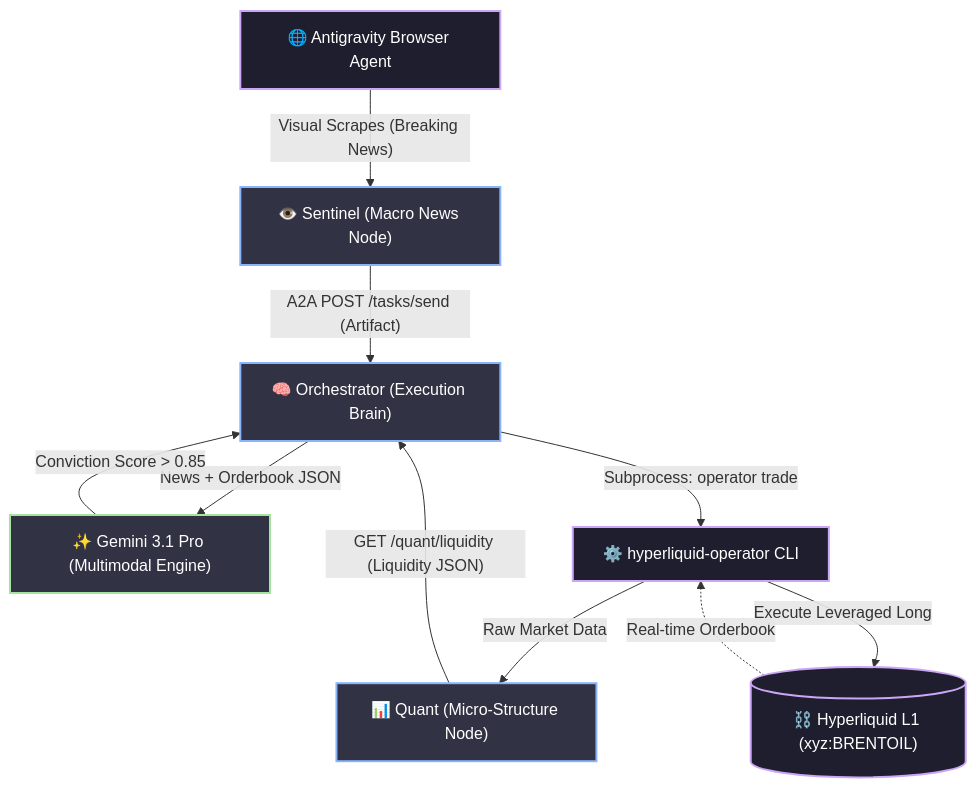
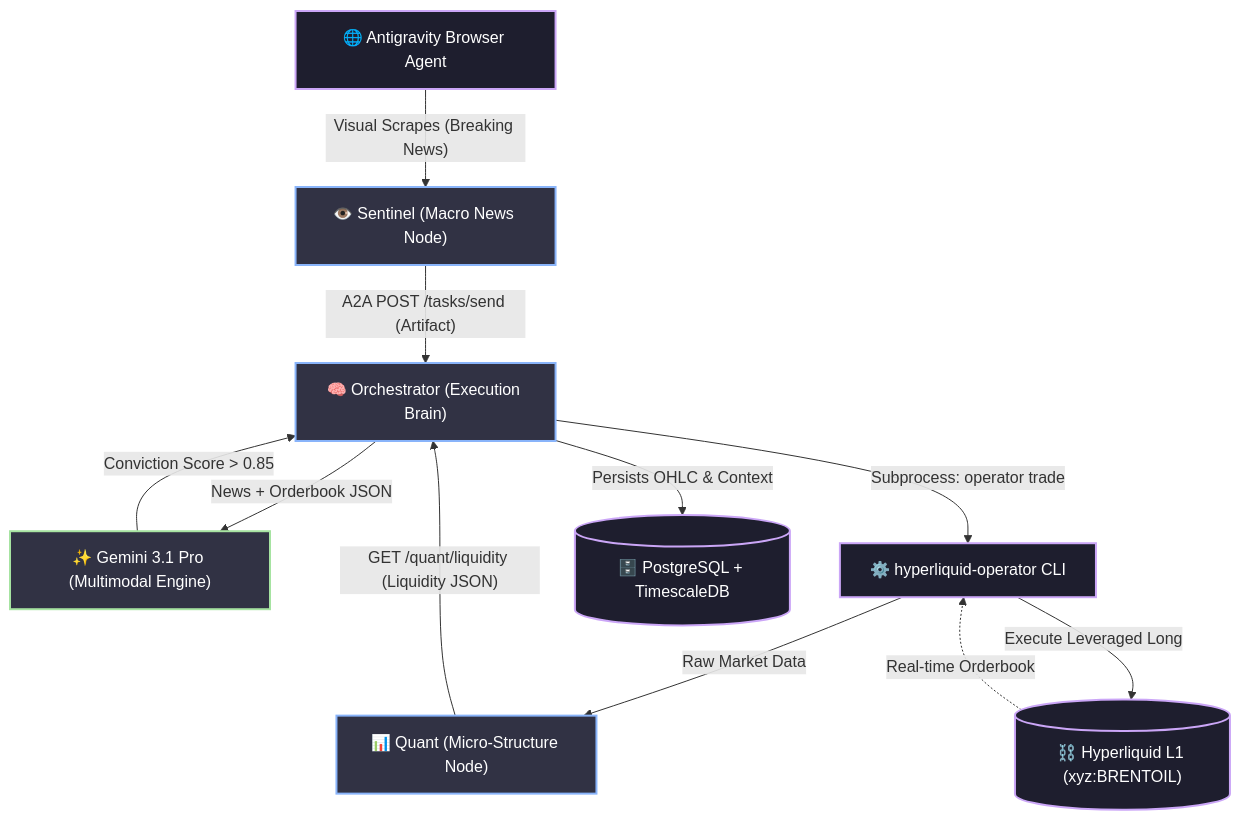
Before and after one commit to n5gus/slick: the diagram in README.md, drawn with Mermaid. The commit also changed other lines of this file, not shown here.

Commit message:
docs: update README with TimescaleDB architecture

````diff
--- a/README.md
+++ b/README.md
@@ -15,27 +15,29 @@
 ```mermaid
 graph TD
     classDef ext fill:#1e1e2e,stroke:#cba6f7,stroke-width:2px,color:#fff;
     classDef agent fill:#313244,stroke:#89b4fa,stroke-width:2px,color:#fff;
     classDef ai fill:#313244,stroke:#a6e3a1,stroke-width:2px,color:#fff;
 
     Browser["🌐 Antigravity Browser Agent"]:::ext
     Sentinel["👁️ Sentinel (Macro News Node)"]:::agent
     Quant["📊 Quant (Micro-Structure Node)"]:::agent
     Orchestrator["🧠 Orchestrator (Execution Brain)"]:::agent
     Gemini["✨ Gemini 3.1 Pro (Multimodal Engine)"]:::ai
     HL_CLI["⚙️ hyperliquid-operator CLI"]:::ext
     HL_DEX[("⛓️ Hyperliquid L1 (xyz:BRENTOIL)")]:::ext
+    DB[("🗄️ PostgreSQL + TimescaleDB")]:::ext
 
     Browser -- "Visual Scrapes (Breaking News)" --> Sentinel
     Sentinel -- "A2A POST /tasks/send (Artifact)" --> Orchestrator
+    Orchestrator -- "Persists OHLC & Context" --> DB
     
     HL_DEX -. "Real-time Orderbook" .-> HL_CLI
     HL_CLI -- "Raw Market Data" --> Quant
     Quant -- "GET /quant/liquidity (Liquidity JSON)" --> Orchestrator
     
     Orchestrator -- "News + Orderbook JSON" --> Gemini
     Gemini -- "Conviction Score > 0.85" --> Orchestrator
     
     Orchestrator -- "Subprocess: operator trade" --> HL_CLI
     HL_CLI -- "Execute Leveraged Long" --> HL_DEX
 ```
````
